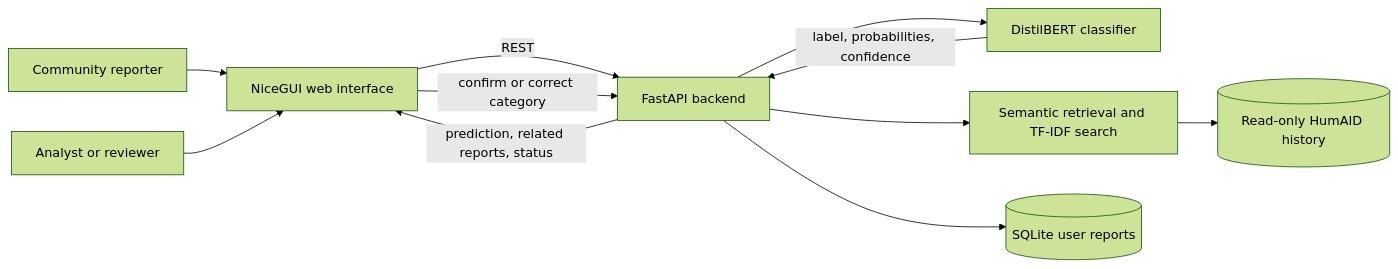
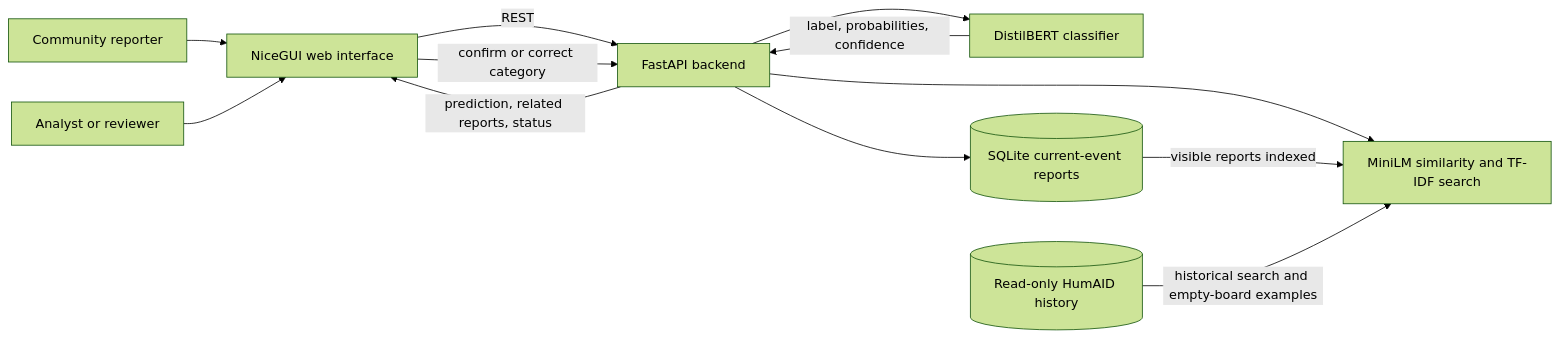
One commit to Rainbow6174/36118-ANLP-AT2 changed the diagram in report/tech_report.md. Above: the diagram before and after it, drawn with Mermaid (forest theme). The commit also changed other lines of this file and 50 other files, not shown here.

Commit message:
Current-event retrieval, demo data, model packaging and report

````diff
--- a/report/tech_report.md
+++ b/report/tech_report.md
@@ -121,13 +113,14 @@
 ```mermaid
 flowchart LR
     U[Community reporter] --> F[NiceGUI web interface]
     A[Analyst or reviewer] --> F
     F -->|REST| B[FastAPI backend]
     B --> C[DistilBERT classifier]
-    B --> R[Semantic retrieval and TF-IDF search]
-    B --> D[(SQLite user reports)]
-    R --> H[(Read-only HumAID history)]
+    B --> R[MiniLM similarity and TF-IDF search]
+    B --> D[(SQLite current-event reports)]
+    D -->|visible reports indexed| R
+    H[(Read-only HumAID history)] -->|historical search and empty-board examples| R
     C -->|label, probabilities, confidence| B
     B -->|prediction, related reports, status| F
     F -->|confirm or correct category| B
 ```
````
